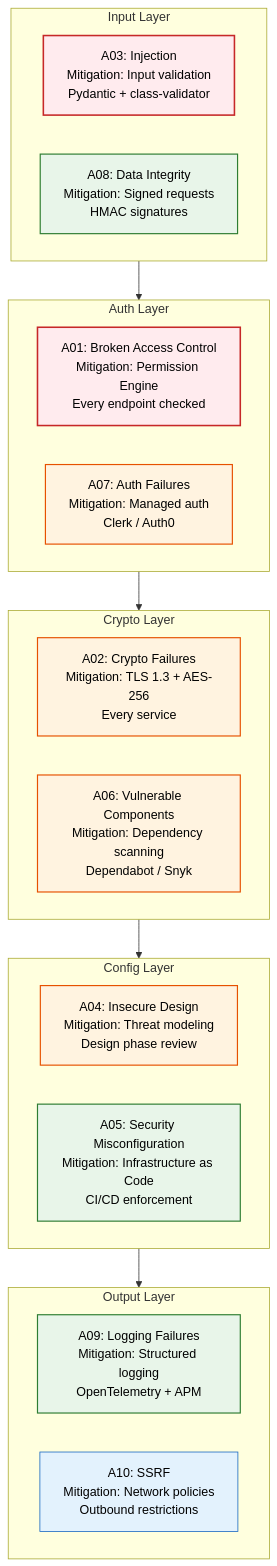
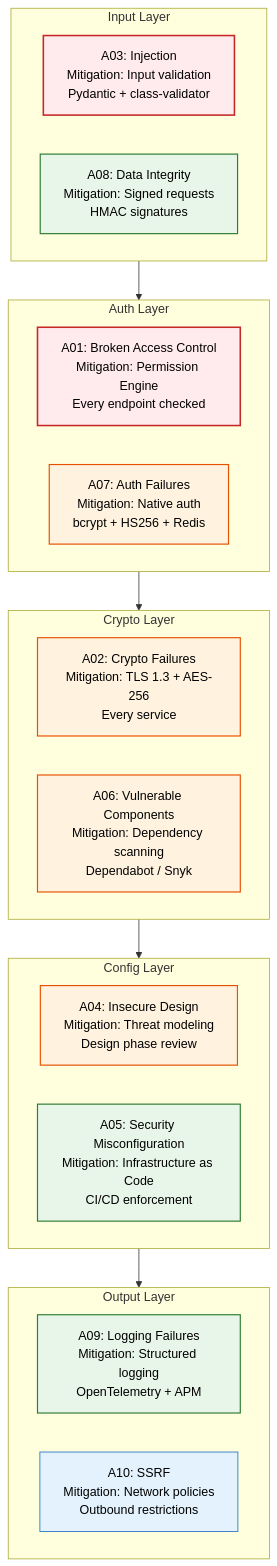
One commit to Driftloom/Vaeloom changed the first of 3 diagrams in docs/security/OWASP.md. Above: the diagram before and after it, drawn with Mermaid. The commit also changed other lines of this file and 6 other files, not shown here.

Commit message:
feat(auth): add saml acs callback routes and update security architecture specs

````diff
--- a/docs/security/OWASP.md
+++ b/docs/security/OWASP.md
@@ -9,39 +9,39 @@
 ```mermaid
 graph TD
  classDef crit fill:#ffebee,stroke:#c62828,color:#000,stroke-width:2px
  classDef high fill:#fff3e0,stroke:#e65100,color:#000,stroke-width:1.5px
  classDef med fill:#e8f5e9,stroke:#2e7d32,color:#000,stroke-width:1.5px
  classDef low fill:#e3f2fd,stroke:#1565c0,color:#000,stroke-width:1px
 
  subgraph Input["Input Layer"]
  A1["A03: Injection<br/>Mitigation: Input validation<br/>Pydantic + class-validator"]:::crit
  A2["A08: Data Integrity<br/>Mitigation: Signed requests<br/>HMAC signatures"]:::med
  end
 
  subgraph Auth["Auth Layer"]
- B1["A01: Broken Access Control<br/>Mitigation: Permission Engine<br/>Every endpoint checked"]:::crit
- B2["A07: Auth Failures<br/>Mitigation: Managed auth<br/>Clerk / Auth0"]:::high
+  B1["A01: Broken Access Control<br/>Mitigation: Permission Engine<br/>Every endpoint checked"]:::crit
+  B2["A07: Auth Failures<br/>Mitigation: Native auth<br/>bcrypt + HS256 + Redis"]:::high
  end
 
  subgraph Crypto["Crypto Layer"]
  C1["A02: Crypto Failures<br/>Mitigation: TLS 1.3 + AES-256<br/>Every service"]:::high
  C2["A06: Vulnerable Components<br/>Mitigation: Dependency scanning<br/>Dependabot / Snyk"]:::high
  end
 
  subgraph Config["Config Layer"]
  D1["A04: Insecure Design<br/>Mitigation: Threat modeling<br/>Design phase review"]:::high
  D2["A05: Security Misconfiguration<br/>Mitigation: Infrastructure as Code<br/>CI/CD enforcement"]:::med
  end
 
  subgraph Output["Output Layer"]
  E1["A09: Logging Failures<br/>Mitigation: Structured logging<br/>OpenTelemetry + APM"]:::med
  E2["A10: SSRF<br/>Mitigation: Network policies<br/>Outbound restrictions"]:::low
  end
 
  Input--> Auth--> Crypto--> Config--> Output
 
  class A1,B1 crit
  class B2,C1,C2,D1 high
  class A2,D2,E1 med
  class E2 low
 ```
````
